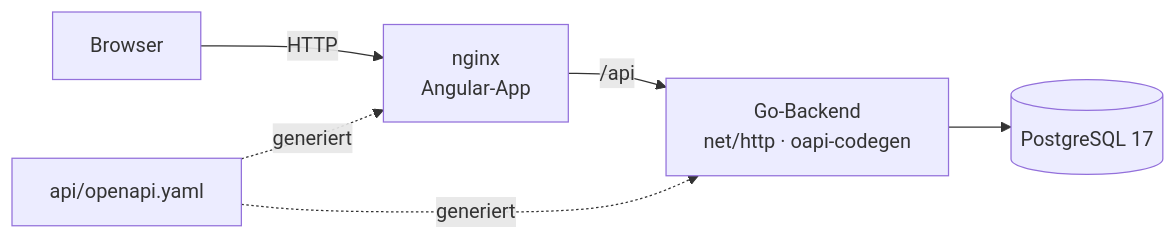
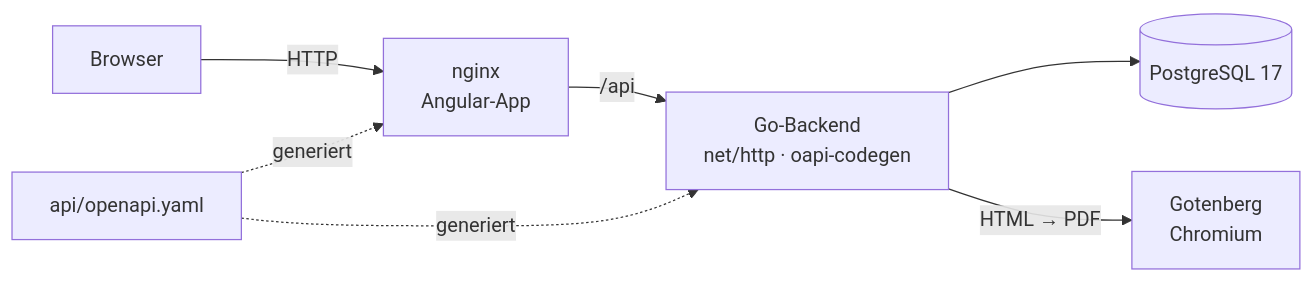
Before and after one commit to CMarscheider/bewerbungstracker: the diagram in README.md, drawn with Mermaid. The commit also changed other lines of this file and 1 other file, not shown here.

Commit message:
docs: PDF-Export und Foto in README und Spec

````diff
--- a/README.md
+++ b/README.md
@@ -51,8 +56,9 @@
 ```mermaid
 flowchart LR
   B[Browser] -->|HTTP| N[nginx<br/>Angular-App]
   N -->|/api| G[Go-Backend<br/>net/http · oapi-codegen]
   G --> D[(PostgreSQL 17)]
+  G -->|HTML → PDF| P[Gotenberg<br/>Chromium]
   S[api/openapi.yaml] -. generiert .-> G
   S -. generiert .-> N
 ```
````
